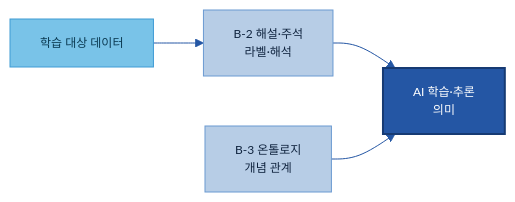
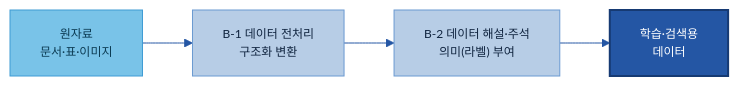
Before and after one commit to jin-kearney/ai-ready-data-manual: the third of 7 diagrams in 전체 목차/00 전체 목차 (20개 주제).md, drawn with Mermaid. The commit also changed other lines of this file and 1 other file, not shown here.

````diff
--- a/전체 목차/00 전체 목차 (20개 주제).md
+++ b/전체 목차/00 전체 목차 (20개 주제).md
@@ -108,9 +105,8 @@
 ```mermaid
 %%{init: {'theme':'base','themeVariables':{'primaryColor':'#DCE8F5','primaryBorderColor':'#2456A4','primaryTextColor':'#10243f','lineColor':'#2456A4','fontSize':'12px'}}}%%
 flowchart LR
-    DATA["학습 대상 데이터"]:::src --> ANN["B-2 해설·주석<br/>라벨·해석"]:::n --> KNOW["AI 학습·추론<br/>의미"]:::cat
-    ONT["B-3 온톨로지<br/>개념 관계"]:::n --> KNOW
+    RAW["원자료<br/>문서·표·이미지"]:::src --> PRE["B-1 데이터 전처리<br/>구조화 변환"]:::n --> ANN["B-2 데이터 해설·주석<br/>의미(라벨) 부여"]:::n --> USE["학습·검색용<br/>데이터"]:::cat
     classDef n fill:#B7CDE6,stroke:#6B9AD1,color:#10243f;
     classDef src fill:#79C3E8,stroke:#3F9BD4,color:#0b3a52;
     classDef cat fill:#2456A4,color:#fff,stroke:#163a73,stroke-width:2px;
 ```
````
